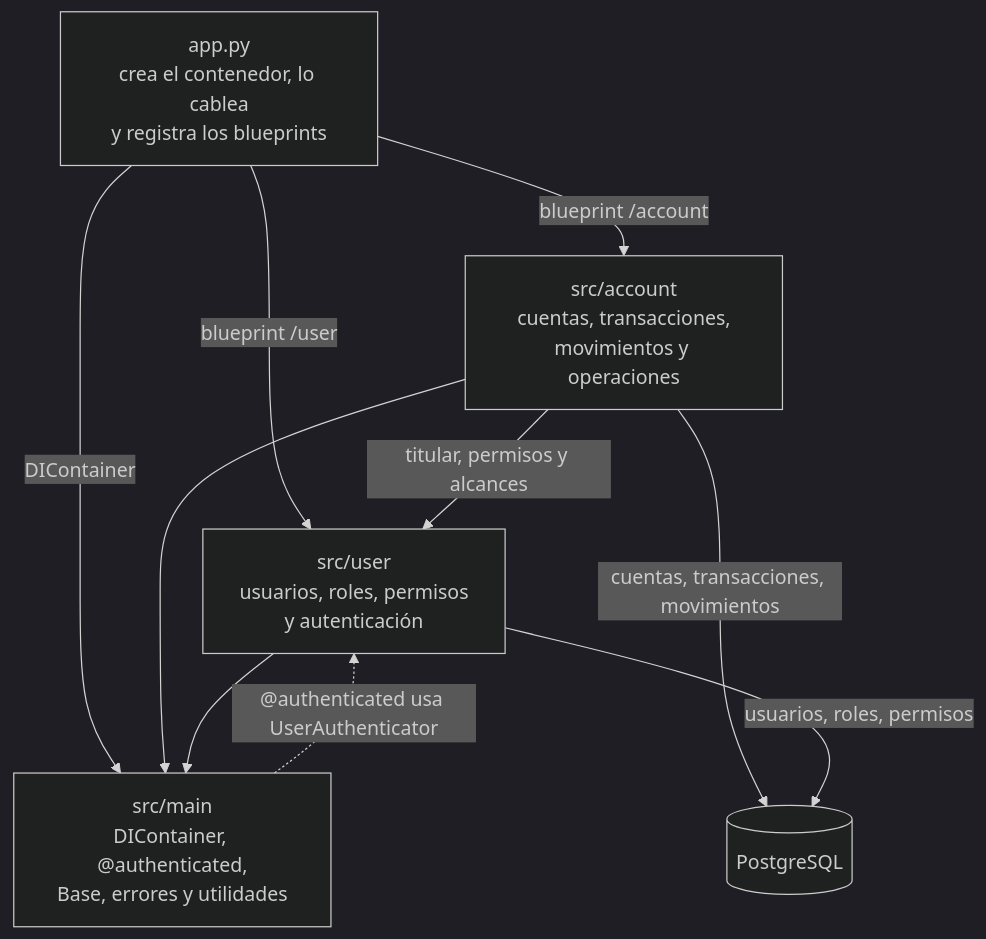
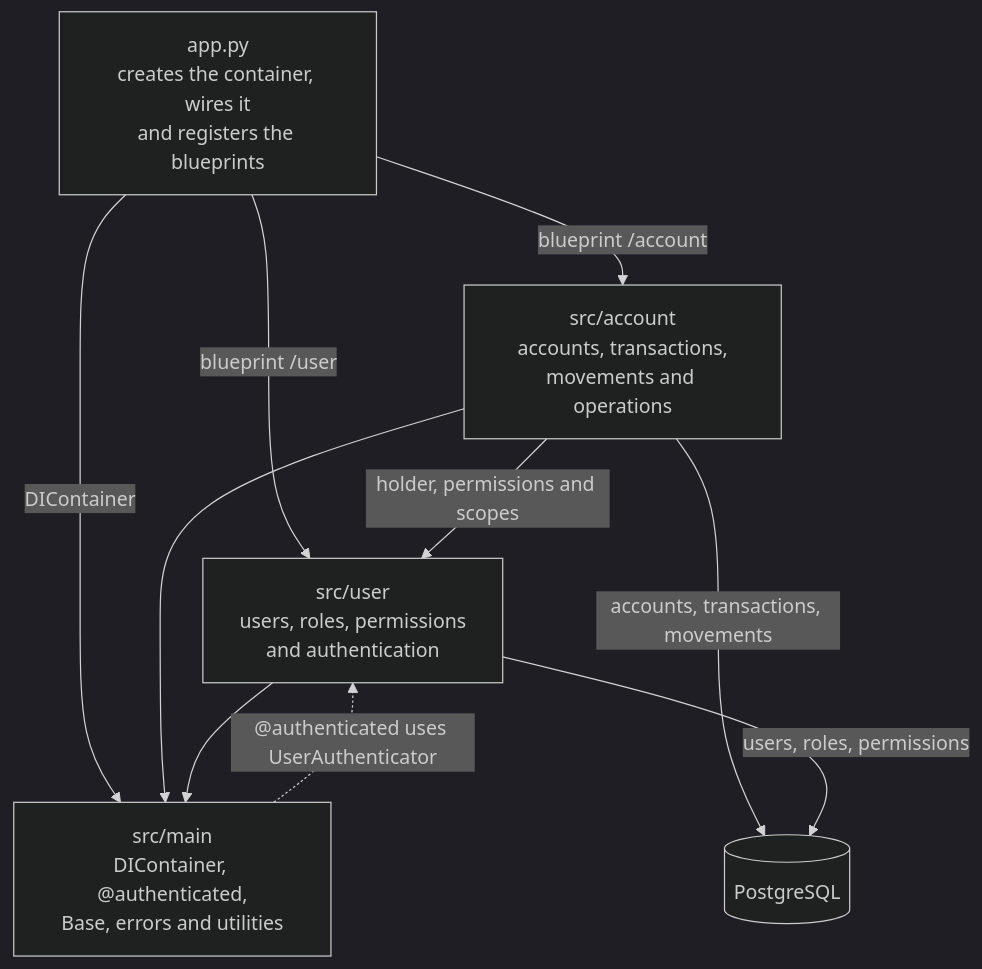
One commit to bernardo-colorado-dubois/banking-core changed the second of 3 diagrams in README.md. Above: the diagram before and after it, drawn with Mermaid (dark theme). The commit also changed other lines of this file and 2 other files, not shown here.

First line of the commit message:
README y landing traducidos al inglés, con los contenidos al día

````diff
--- a/README.md
+++ b/README.md
@@ -111,18 +111,18 @@
 ```mermaid
 flowchart TB
-  app["app.py<br/>crea el contenedor, lo cablea<br/>y registra los blueprints"]
-  account["src/account<br/>cuentas, transacciones,<br/>movimientos y operaciones"]
-  user["src/user<br/>usuarios, roles, permisos<br/>y autenticación"]
-  main["src/main<br/>DIContainer, @authenticated,<br/>Base, errores y utilidades"]
-  bd[("PostgreSQL")]
+  app["app.py<br/>creates the container, wires it<br/>and registers the blueprints"]
+  account["src/account<br/>accounts, transactions,<br/>movements and operations"]
+  user["src/user<br/>users, roles, permissions<br/>and authentication"]
+  main["src/main<br/>DIContainer, @authenticated,<br/>Base, errors and utilities"]
+  db[("PostgreSQL")]
 
   app -->|"blueprint /account"| account
   app -->|"blueprint /user"| user
   app -->|"DIContainer"| main
-  account -->|"titular, permisos y alcances"| user
+  account -->|"holder, permissions and scopes"| user
   account --> main
   user --> main
-  main -.->|"@authenticated usa UserAuthenticator"| user
-  account -->|"cuentas, transacciones, movimientos"| bd
-  user -->|"usuarios, roles, permisos"| bd
+  main -.->|"@authenticated uses UserAuthenticator"| user
+  account -->|"accounts, transactions, movements"| db
+  user -->|"users, roles, permissions"| db
 ```
````
